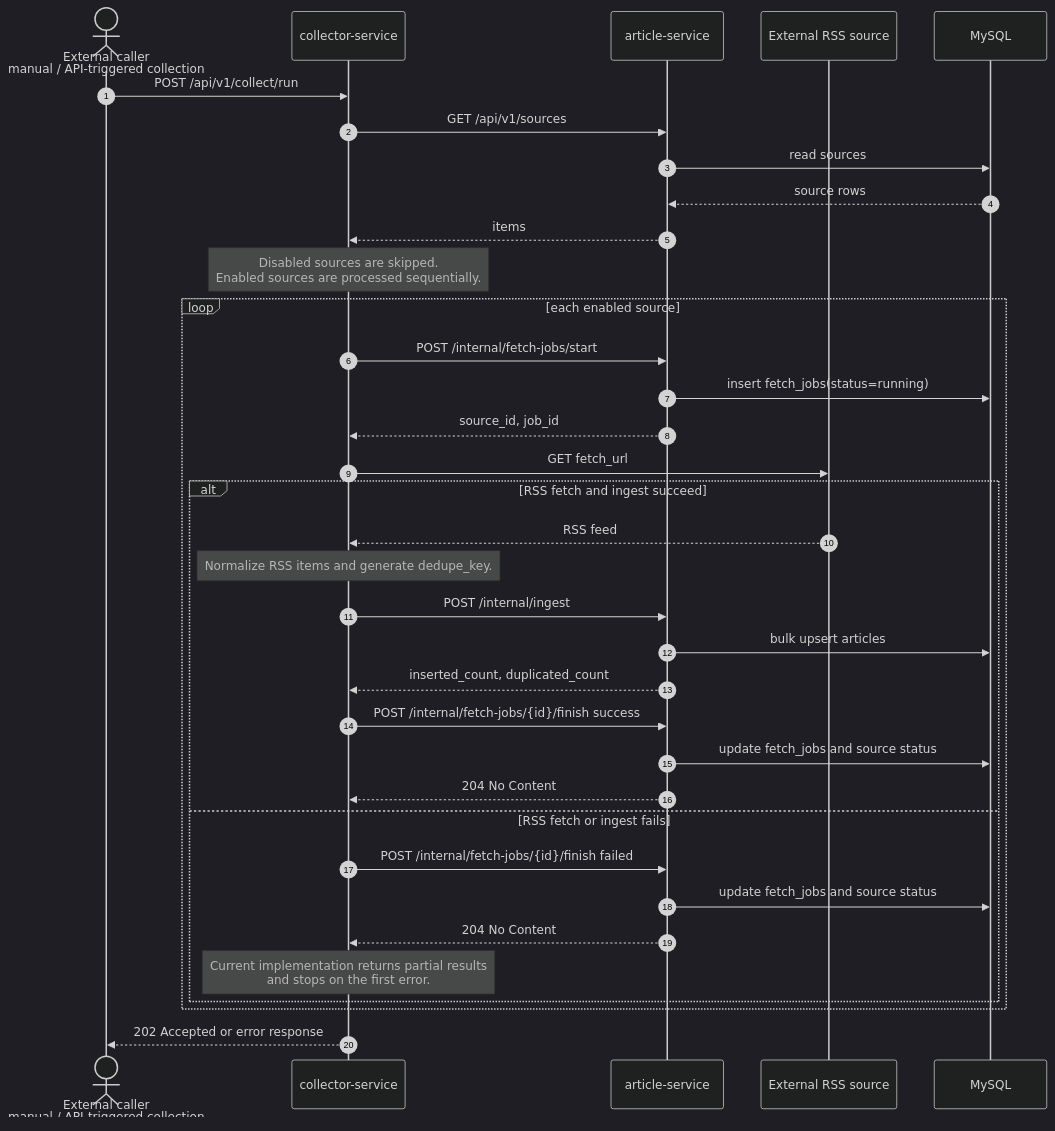
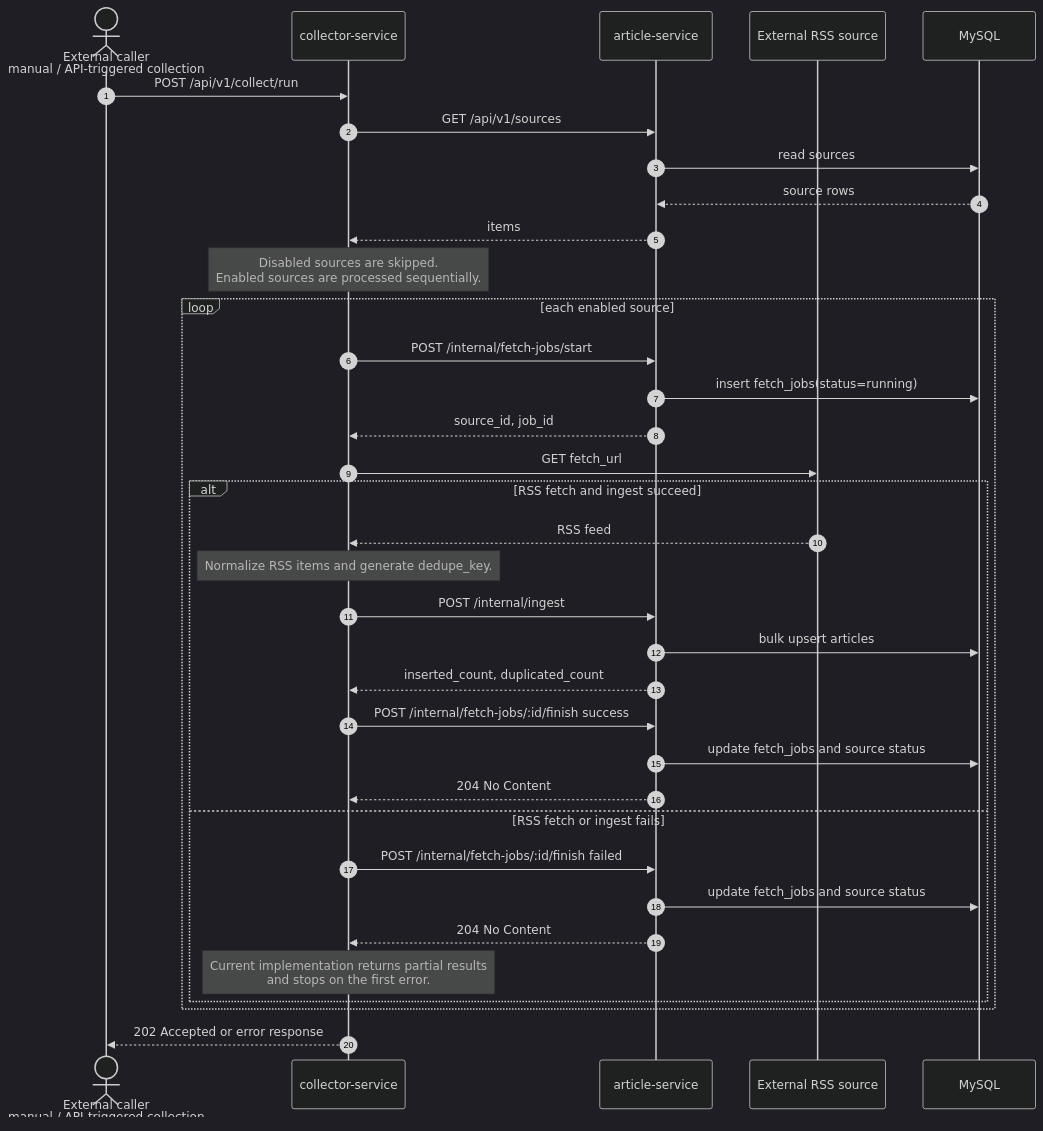
The diagram in docs/diagrams/article-collection-flow.md (syuhei0519/tech-news-hub), drawn with Mermaid (dark theme) before and after one commit. The commit also changed 2 other files, not shown here.

Commit message:
docs: Mermaid パースエラーを修正

````diff
--- a/docs/diagrams/article-collection-flow.md
+++ b/docs/diagrams/article-collection-flow.md
@@ -6,42 +6,42 @@
 ```mermaid
 sequenceDiagram
   autonumber
   actor Caller as External caller<br/>manual / API-triggered collection
   participant Collector as collector-service
   participant Article as article-service
   participant RSS as External RSS source
   participant DB as MySQL
 
   Caller->>Collector: POST /api/v1/collect/run
   Collector->>Article: GET /api/v1/sources
   Article->>DB: read sources
   DB-->>Article: source rows
   Article-->>Collector: items
   Note over Collector: Disabled sources are skipped.<br/>Enabled sources are processed sequentially.
 
   loop each enabled source
     Collector->>Article: POST /internal/fetch-jobs/start
     Article->>DB: insert fetch_jobs(status=running)
     Article-->>Collector: source_id, job_id
 
     Collector->>RSS: GET fetch_url
 
     alt RSS fetch and ingest succeed
       RSS-->>Collector: RSS feed
       Note over Collector: Normalize RSS items and generate dedupe_key.
       Collector->>Article: POST /internal/ingest
       Article->>DB: bulk upsert articles
       Article-->>Collector: inserted_count, duplicated_count
-      Collector->>Article: POST /internal/fetch-jobs/{id}/finish success
+      Collector->>Article: POST /internal/fetch-jobs/:id/finish success
       Article->>DB: update fetch_jobs and source status
       Article-->>Collector: 204 No Content
     else RSS fetch or ingest fails
-      Collector->>Article: POST /internal/fetch-jobs/{id}/finish failed
+      Collector->>Article: POST /internal/fetch-jobs/:id/finish failed
       Article->>DB: update fetch_jobs and source status
       Article-->>Collector: 204 No Content
       Note over Collector: Current implementation returns partial results<br/>and stops on the first error.
     end
   end
 
   Collector-->>Caller: 202 Accepted or error response
 ```
````
